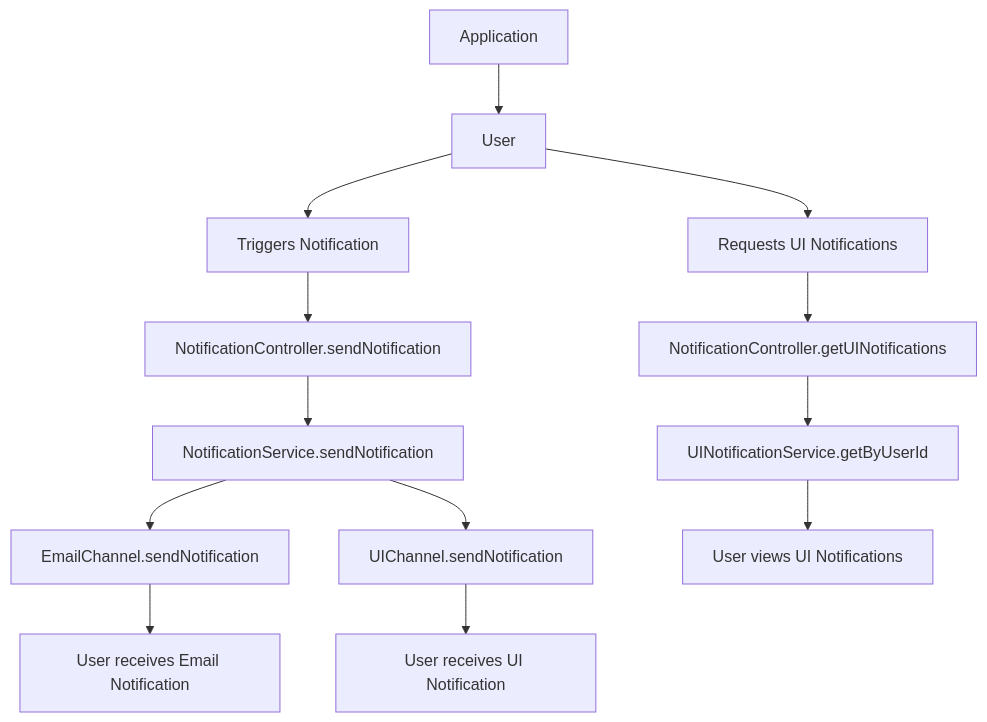
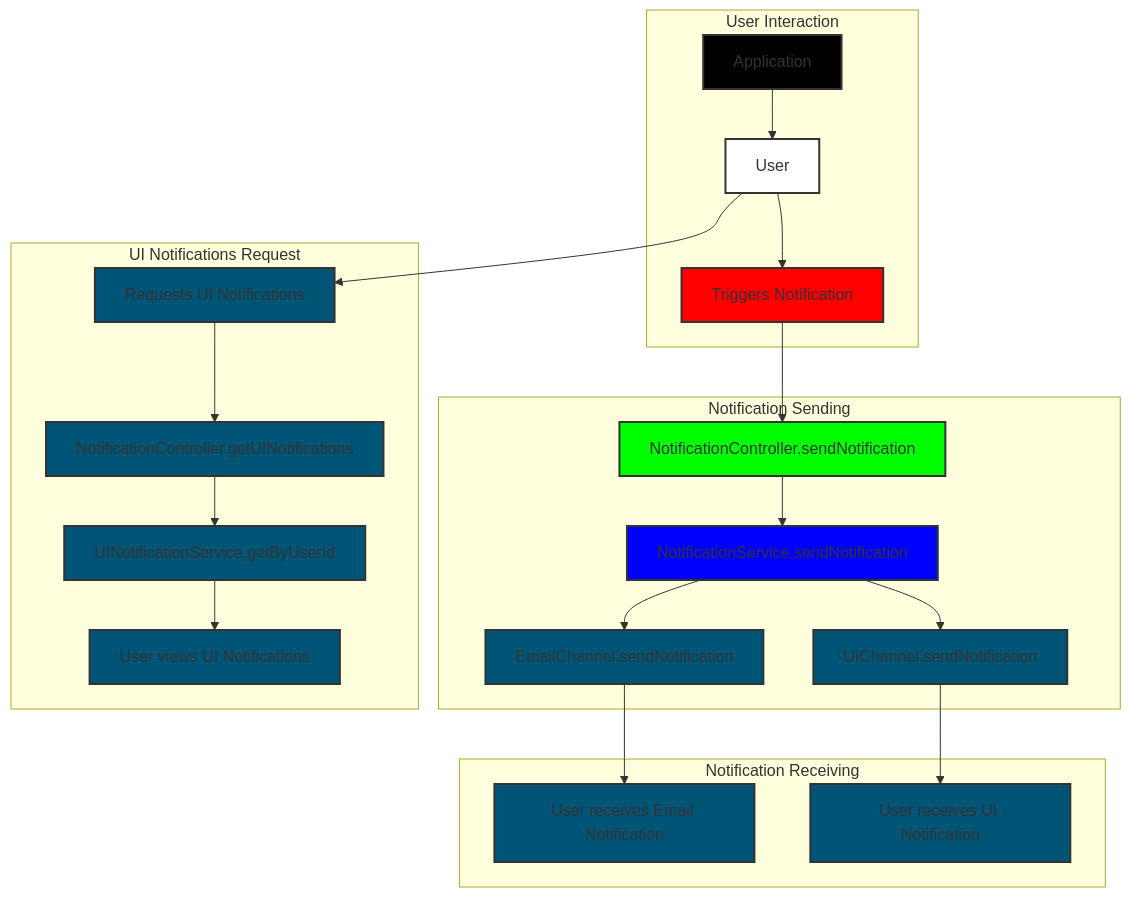
The diagram in architect/mindmap.mmd (mosoahmed/brio), drawn with Mermaid before and after one commit.

Commit message:
Update mindmap with subgraphs and styling

```diff
--- a/architect/mindmap.mmd
+++ b/architect/mindmap.mmd
@@ -1,14 +1,47 @@
 graph TB
+    style A fill:#000000,stroke:#333,stroke-width:2px
+    style B fill:#ffffff,stroke:#333,stroke-width:2px
+    style C fill:#ff0000,stroke:#333,stroke-width:2px
+    style D fill:#00ff00,stroke:#333,stroke-width:2px
+    style E fill:#0000ff,stroke:#333,stroke-width:2px
+    style F fill:#005577,stroke:#333,stroke-width:2px
+    style G fill:#005577,stroke:#333,stroke-width:2px
+    style H fill:#005577,stroke:#333,stroke-width:2px
+    style I fill:#005577,stroke:#333,stroke-width:2px
+    style J fill:#005577,stroke:#333,stroke-width:2px
+    style K fill:#005577,stroke:#333,stroke-width:2px
+    style L fill:#005577,stroke:#333,stroke-width:2px
+    style M fill:#005577,stroke:#333,stroke-width:2px
     A[Application]
-    A --> B[User]
-    B --> C[Triggers Notification]
-    C --> D[NotificationController.sendNotification]
-    D --> E[NotificationService.sendNotification]
-    E --> F[EmailChannel.sendNotification]
-    E --> G[UIChannel.sendNotification]
-    F --> H[User receives Email Notification]
-    G --> I[User receives UI Notification]
-    B --> J[Requests UI Notifications]
-    J --> K[NotificationController.getUINotifications]
-    K --> L[UINotificationService.getByUserId]
-    L --> M[User views UI Notifications]
+    subgraph "User Interaction"
+        B[User]
+        A --> B
+        C[Triggers Notification]
+        B --> C
+    end
+    subgraph "Notification Sending"
+        D[NotificationController.sendNotification]
+        C --> D
+        E[NotificationService.sendNotification]
+        D --> E
+        F[EmailChannel.sendNotification]
+        G[UIChannel.sendNotification]
+        E --> F
+        E --> G
+    end
+    subgraph "Notification Receiving"
+        H[User receives Email Notification]
+        I[User receives UI Notification]
+        F --> H
+        G --> I
+    end
+    subgraph "UI Notifications Request"
+        J[Requests UI Notifications]
+        B --> J
+        K[NotificationController.getUINotifications]
+        J --> K
+        L[UINotificationService.getByUserId]
+        K --> L
+        M[User views UI Notifications]
+        L --> M
+    end
```
